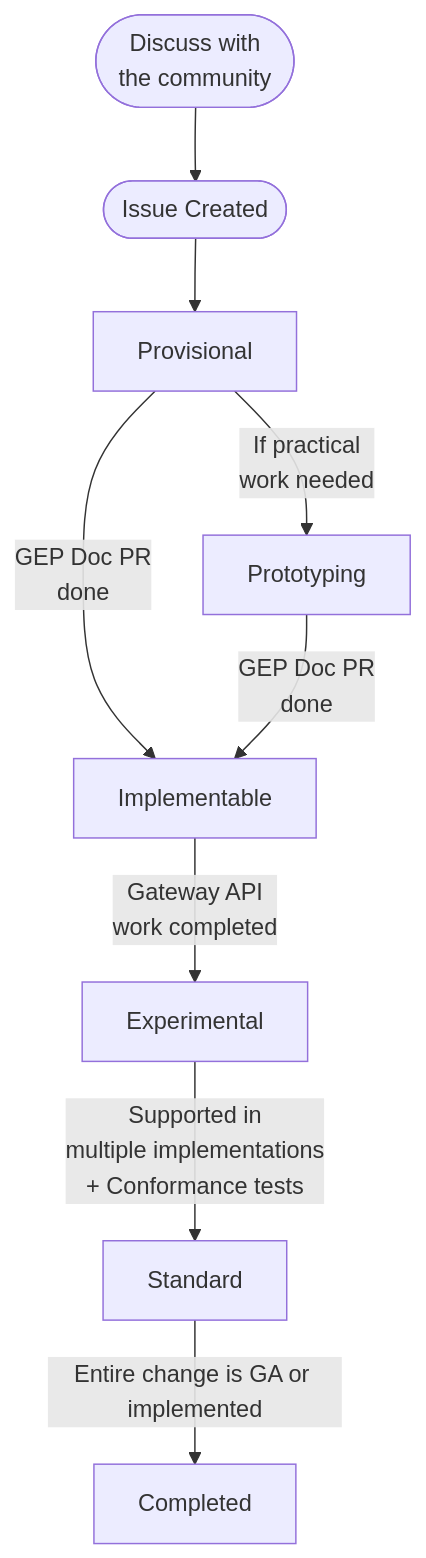
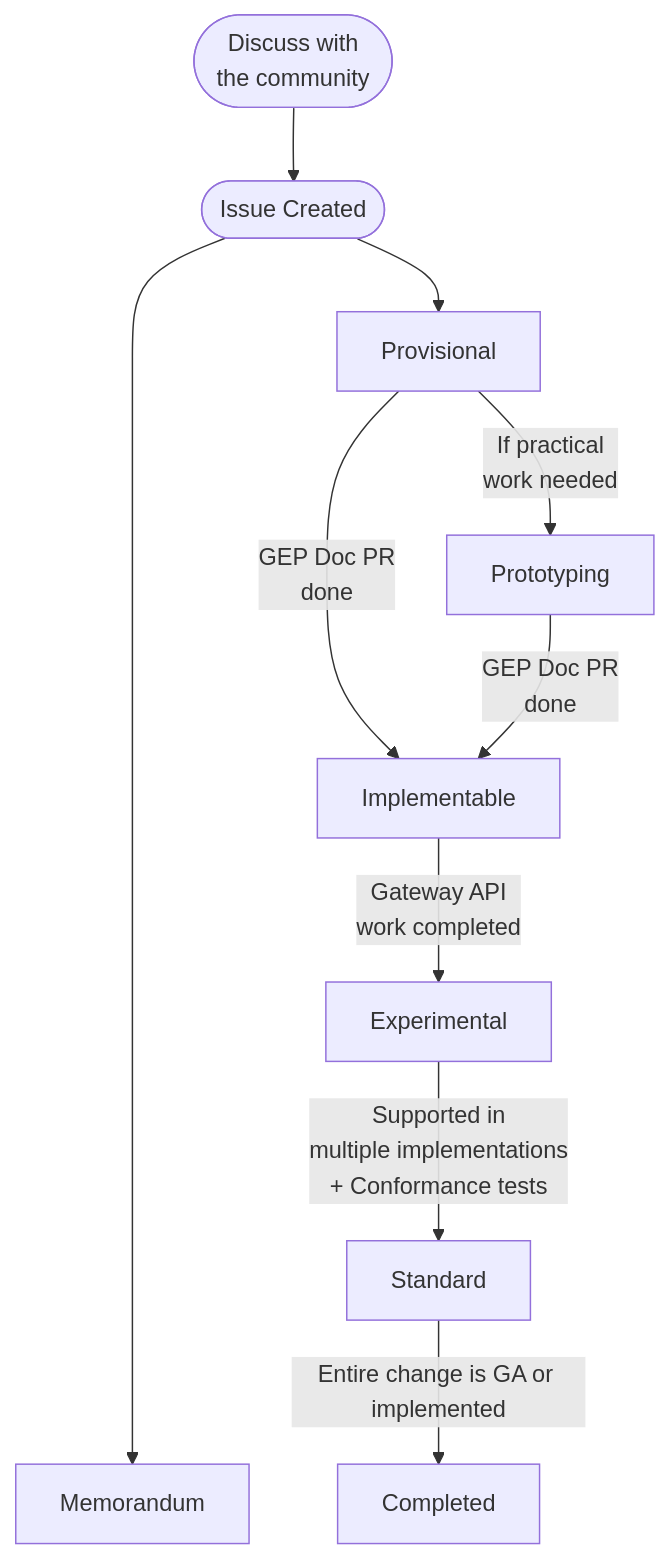
The diagram in geps/overview.md (kubernetes-sigs/gateway-api), drawn with Mermaid before and after one commit. The commit also changed other lines of this file and 89 other files, not shown here.

````diff
--- a/geps/overview.md
+++ b/geps/overview.md
@@ -18,11 +20,13 @@
 ```mermaid
 flowchart TD
     D([Discuss with<br />the community]) --> C
+    C([Issue Created]) -------> Memorandum
     C([Issue Created]) --> Provisional
+    Provisional -->|If practical <br /> work needed| Prototyping
     Provisional -->|GEP Doc PR<br />done| Implementable
-    Provisional -->|If practical <br /> work needed| Prototyping
     Prototyping -->|GEP Doc PR<br />done| Implementable
     Implementable -->|Gateway API<br />work completed| Experimental
     Experimental -->|Supported in<br />multiple implementations<br />+ Conformance tests| Standard
     Standard -->|Entire change is GA or implemented| Completed
+
 ```
````
